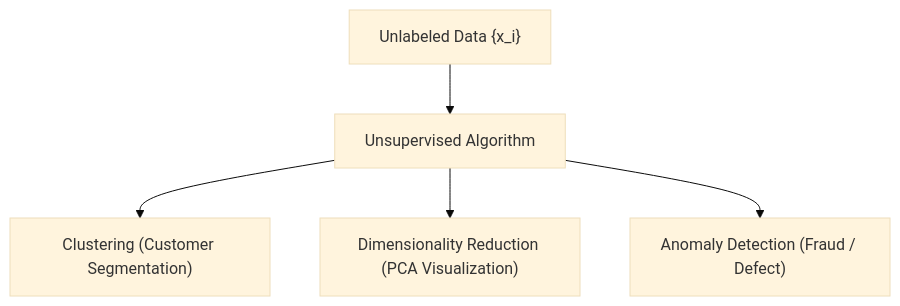
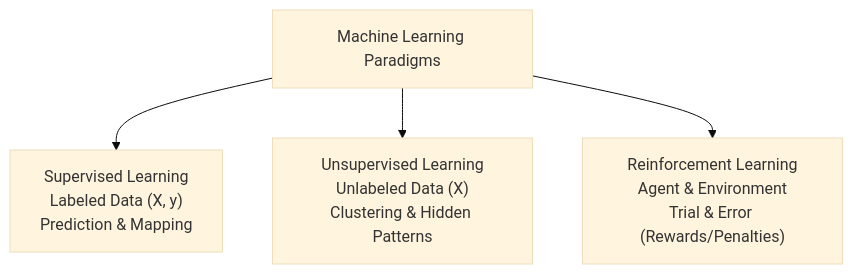
Before and after one commit to S1h2i3v4a/AI_ML: the diagram in lecture_23/Notes_23.03/README.md, drawn with Mermaid (base theme). The commit also changed other lines of this file and 156 other files, not shown here.

Commit message:
docs(lectures 22-24): align notes with video lectures, add blackboard diagrams, clean structured functions, and compile vector PDFs

````diff
--- a/lecture_23/Notes_23.03/README.md
+++ b/lecture_23/Notes_23.03/README.md
@@ -29,7 +10,6 @@
 ```mermaid
-graph TD
-    Data["Unlabeled Data {x_i}"] --> Unsup["Unsupervised Algorithm"]
-    Unsup --> C["Clustering (Customer Segmentation)"]
-    Unsup --> DR["Dimensionality Reduction (PCA Visualization)"]
-    Unsup --> AD["Anomaly Detection (Fraud / Defect)"]
+flowchart TD
+    ML["Machine Learning Paradigms"] --> Sup["Supervised Learning<br/>Labeled Data (X, y)<br/>Prediction & Mapping"]
+    ML --> Unsup["Unsupervised Learning<br/>Unlabeled Data (X)<br/>Clustering & Hidden Patterns"]
+    ML --> RL["Reinforcement Learning<br/>Agent & Environment<br/>Trial & Error (Rewards/Penalties)"]
 ```
````
